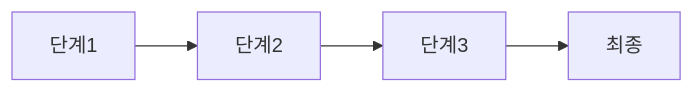
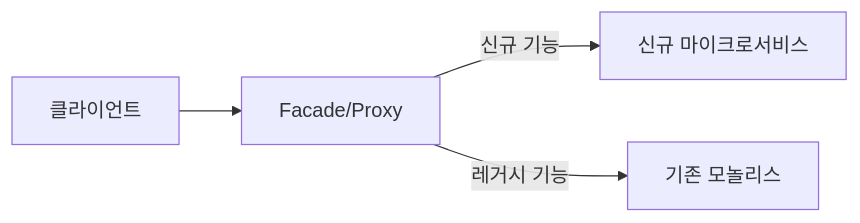
The second of 15 diagrams in _posts/architecture/2026-05-02-msa-deep.md (yjkim2015/yjkim2015.github.io), drawn with Mermaid before and after one commit. The commit also changed other lines of this file and 4 other files, not shown here.

````diff
--- a/_posts/architecture/2026-05-02-msa-deep.md
+++ b/_posts/architecture/2026-05-02-msa-deep.md
@@ -61,6 +75,6 @@
 ```mermaid
 graph LR
-    Mono1["단계1"] --> Mono2["단계2"]
-    Mono2 --> Mono3["단계3"]
-    Mono3 --> MSA["최종"]
+    Client["클라이언트"] --> Proxy["Facade/Proxy"]
+    Proxy -->|신규 기능| MSA["신규 마이크로서비스"]
+    Proxy -->|레거시 기능| Mono["기존 모놀리스"]
 ```
````
